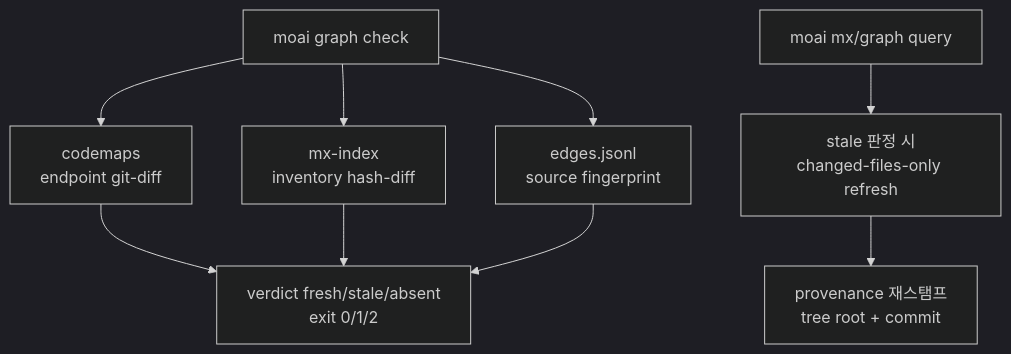
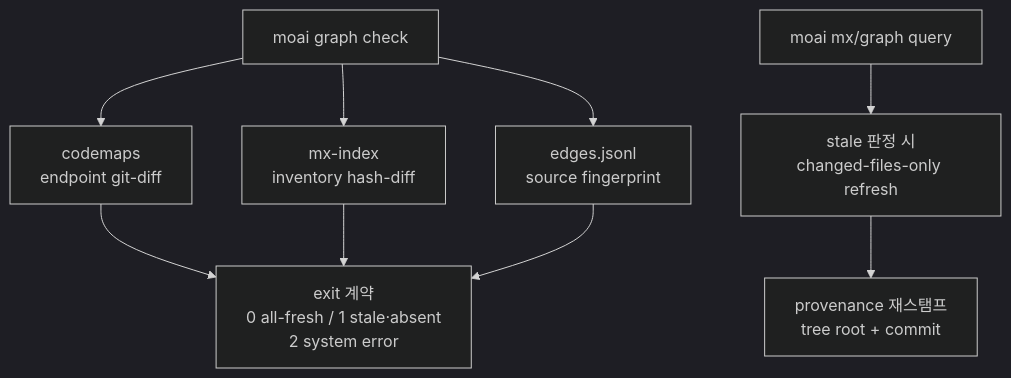
One commit to modu-ai/moai-adk changed the seventh of 9 diagrams in .moai/project/codemaps/data-flow.md. Above: the diagram before and after it, drawn with Mermaid (dark theme). The commit also changed other lines of this file and 8 other files, not shown here.

````diff
--- a/.moai/project/codemaps/data-flow.md
+++ b/.moai/project/codemaps/data-flow.md
@@ -227,20 +227,20 @@
 ```mermaid
 flowchart TD
     A["moai graph check"]
     B["codemaps<br/>endpoint git-diff"]
     C["mx-index<br/>inventory hash-diff"]
     D["edges.jsonl<br/>source fingerprint"]
-    E["verdict fresh/stale/absent<br/>exit 0/1/2"]
+    E["exit 계약<br/>0 all-fresh / 1 stale·absent<br/>2 system error"]
     F["moai mx/graph query"]
     G["stale 판정 시<br/>changed-files-only refresh"]
     H["provenance 재스탬프<br/>tree root + commit"]
 
     A --> B
     A --> C
     A --> D
     B --> E
     C --> E
     D --> E
     F --> G
     G --> H
 ```
````
